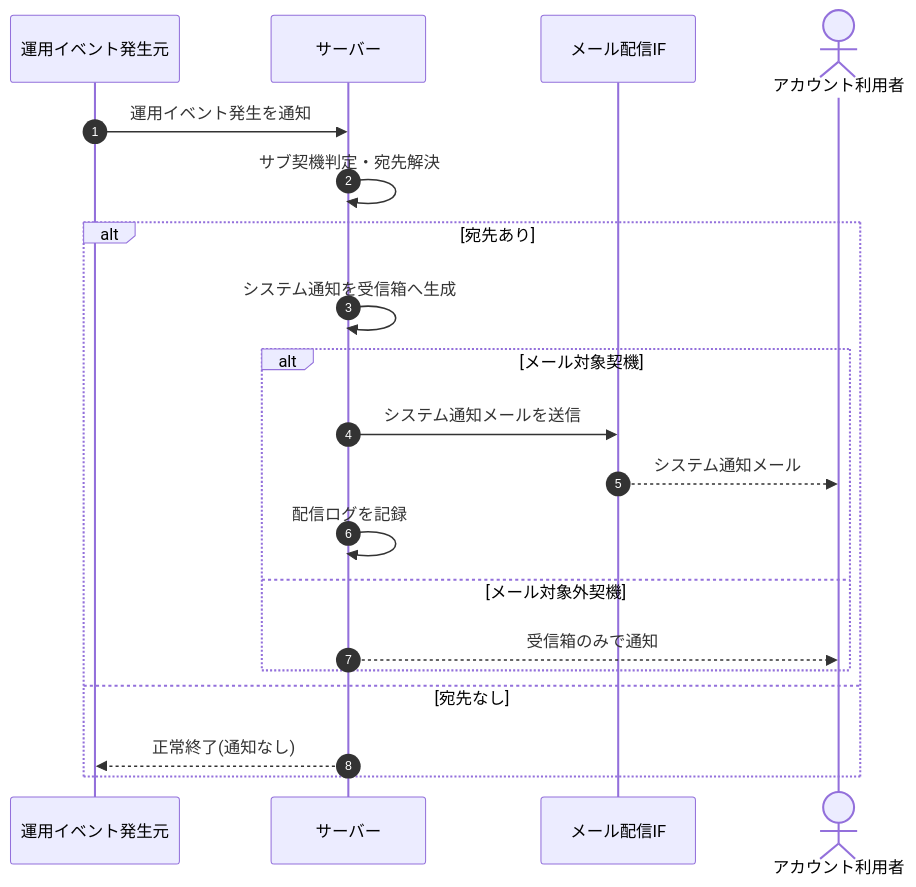
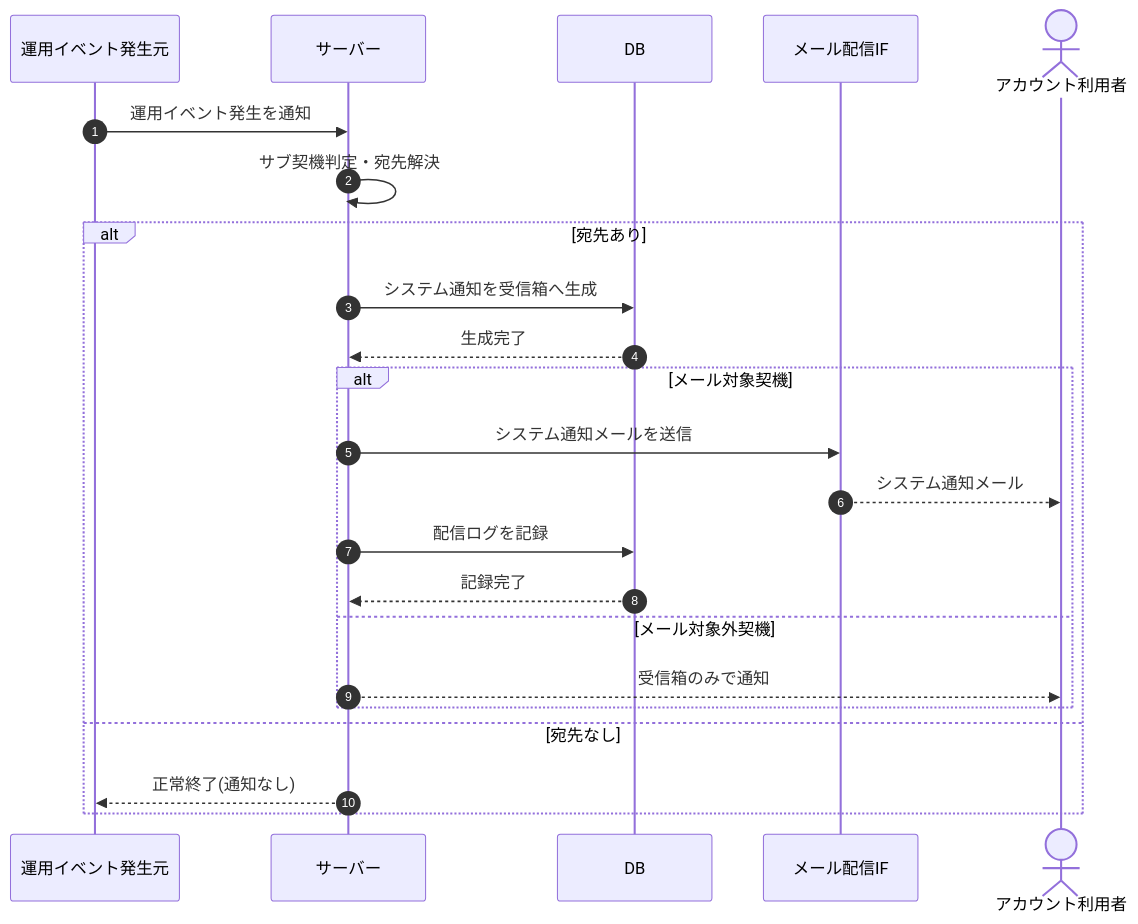
One commit to sikakou54/open-faq changed the diagram in 02_basic_design/03_sequences/SEQ-095.md. Above: the diagram before and after it, drawn with Mermaid. The commit also changed other lines of this file and 122 other files, not shown here.

First line of the commit message:
シーケンス図に DB アクターを追加(DB 操作をサーバー自己メッセージから分離)

````diff
--- a/02_basic_design/03_sequences/SEQ-095.md
+++ b/02_basic_design/03_sequences/SEQ-095.md
@@ -26,22 +26,25 @@
 ```mermaid
 sequenceDiagram
   autonumber
   participant E as 運用イベント発生元
   participant Server as サーバー
+  participant DB as DB
   participant MAIL as メール配信IF
   actor U as アカウント利用者
   E->>Server: 運用イベント発生を通知
   Server->>Server: サブ契機判定・宛先解決
   alt 宛先あり
-    Server->>Server: システム通知を受信箱へ生成
+    Server->>DB: システム通知を受信箱へ生成
+    DB-->>Server: 生成完了
     alt メール対象契機
       Server->>MAIL: システム通知メールを送信
       MAIL-->>U: システム通知メール
-      Server->>Server: 配信ログを記録
+      Server->>DB: 配信ログを記録
+      DB-->>Server: 記録完了
     else メール対象外契機
       Server-->>U: 受信箱のみで通知
     end
   else 宛先なし
     Server-->>E: 正常終了(通知なし)
   end
 ```
````
